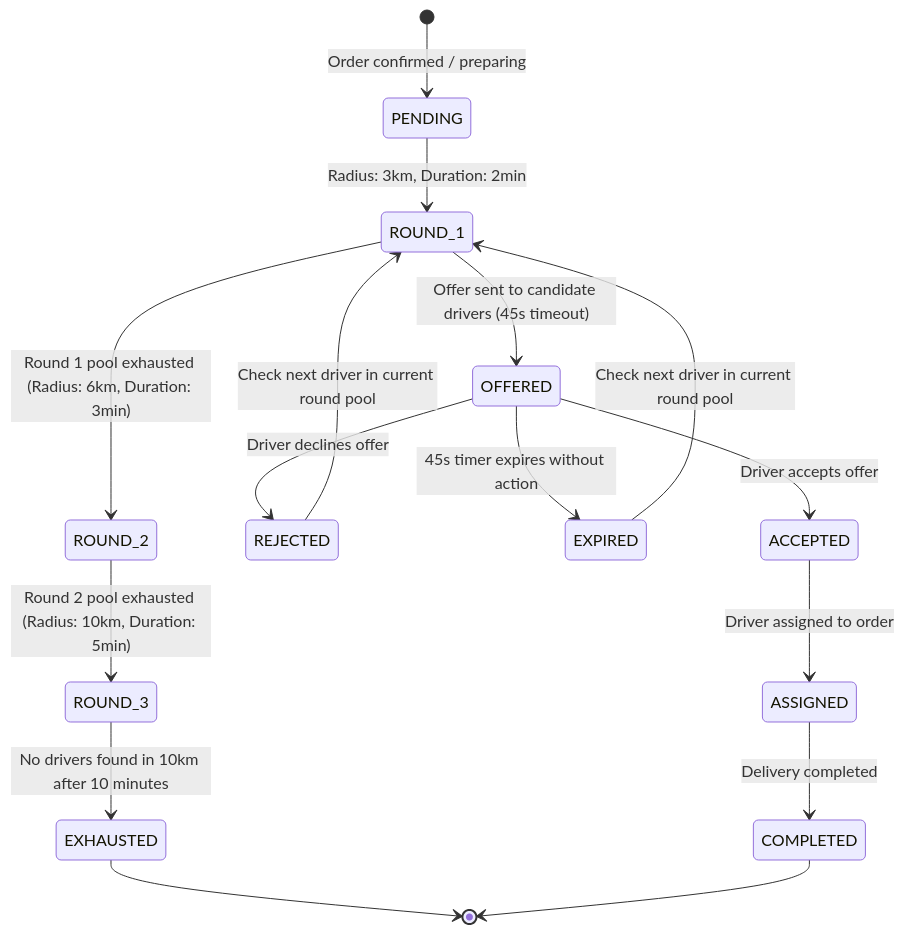
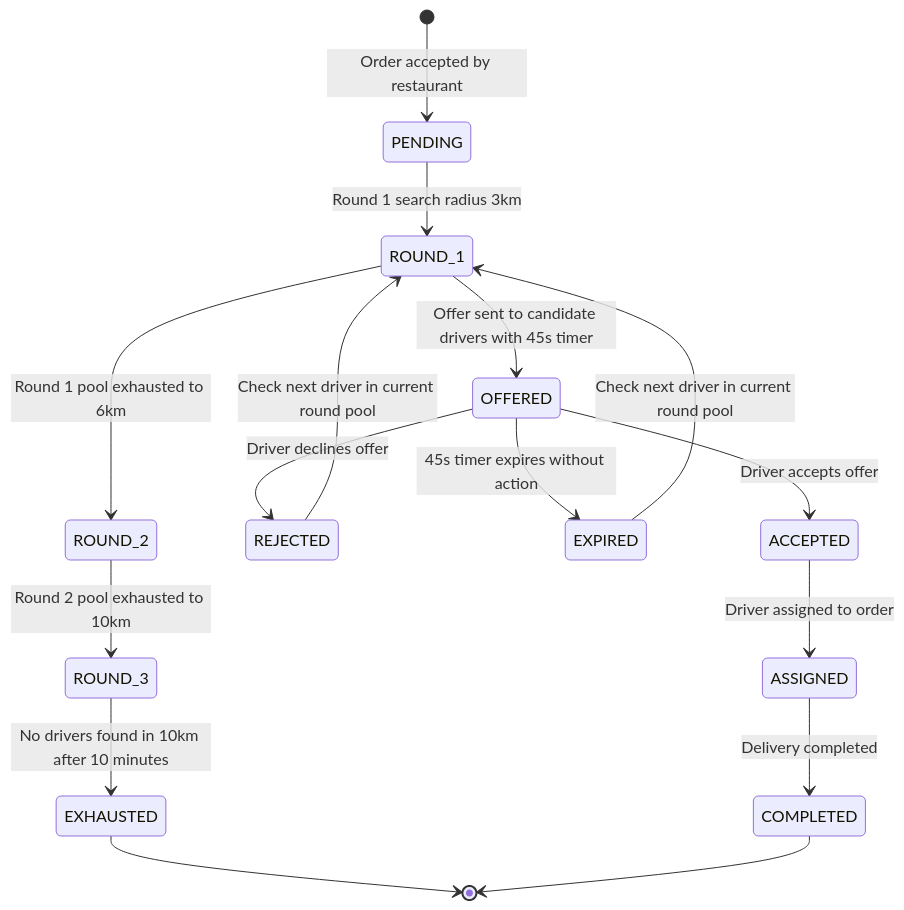
One commit to eshant52/quickbite-backend changed the fourth of 6 diagrams in docs/architecture.md. Above: the diagram before and after it, drawn with Mermaid. The commit also changed other lines of this file and 8 other files, not shown here.

First line of the commit message:
docs: add order lifecycle guide and update architecture documentation

````diff
--- a/docs/architecture.md
+++ b/docs/architecture.md
@@ -221,23 +224,23 @@
 ```mermaid
 stateDiagram-v2
-    [*] --> PENDING: Order confirmed / preparing
-    PENDING --> ROUND_1: Radius: 3km, Duration: 2min
+    [*] --> PENDING: Order accepted by restaurant
+    PENDING --> ROUND_1: Round 1 search radius 3km
     
-    ROUND_1 --> OFFERED: Offer sent to candidate drivers (45s timeout)
+    ROUND_1 --> OFFERED: Offer sent to candidate drivers with 45s timer
     OFFERED --> ACCEPTED: Driver accepts offer
     OFFERED --> REJECTED: Driver declines offer
     OFFERED --> EXPIRED: 45s timer expires without action
     
     REJECTED --> ROUND_1: Check next driver in current round pool
     EXPIRED --> ROUND_1: Check next driver in current round pool
     
-    ROUND_1 --> ROUND_2: Round 1 pool exhausted (Radius: 6km, Duration: 3min)
-    ROUND_2 --> ROUND_3: Round 2 pool exhausted (Radius: 10km, Duration: 5min)
+    ROUND_1 --> ROUND_2: Round 1 pool exhausted to 6km
+    ROUND_2 --> ROUND_3: Round 2 pool exhausted to 10km
     
     ROUND_3 --> EXHAUSTED: No drivers found in 10km after 10 minutes
     
     ACCEPTED --> ASSIGNED: Driver assigned to order
     ASSIGNED --> COMPLETED: Delivery completed
     EXHAUSTED --> [*]
     COMPLETED --> [*]
 ```
````
